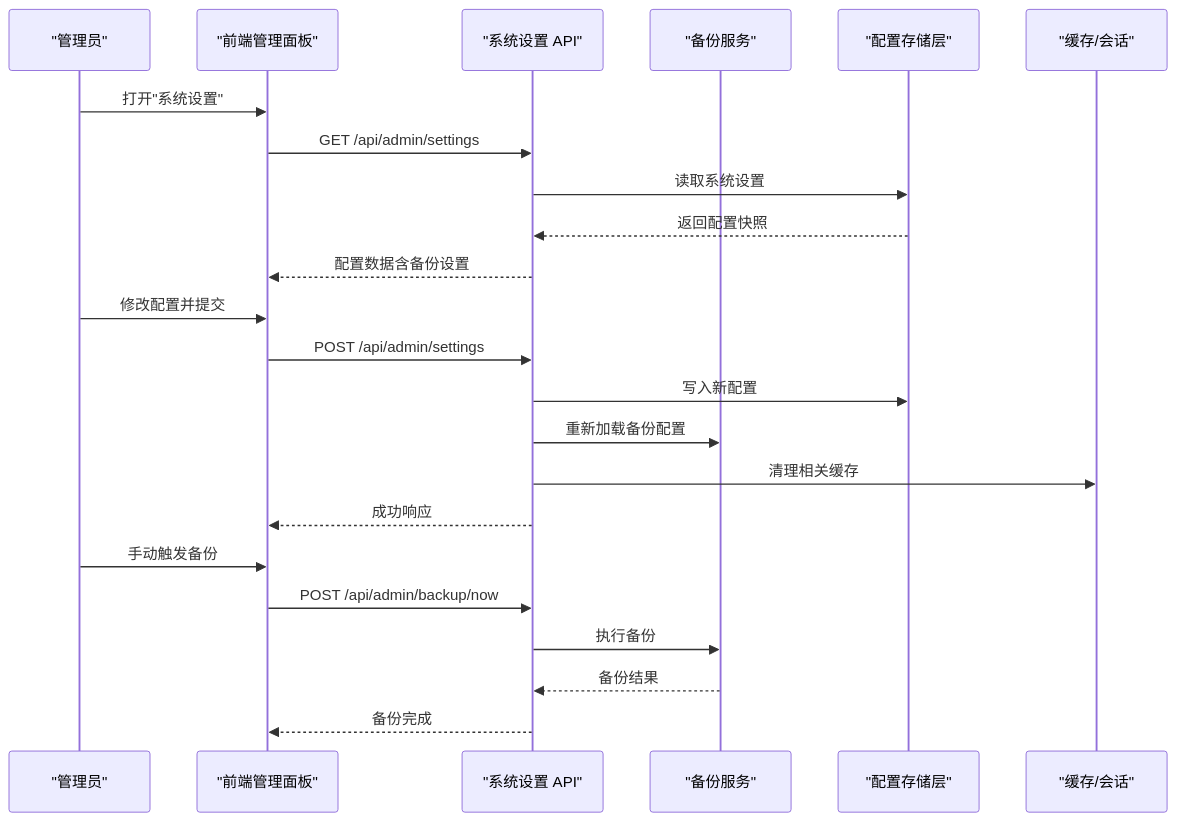
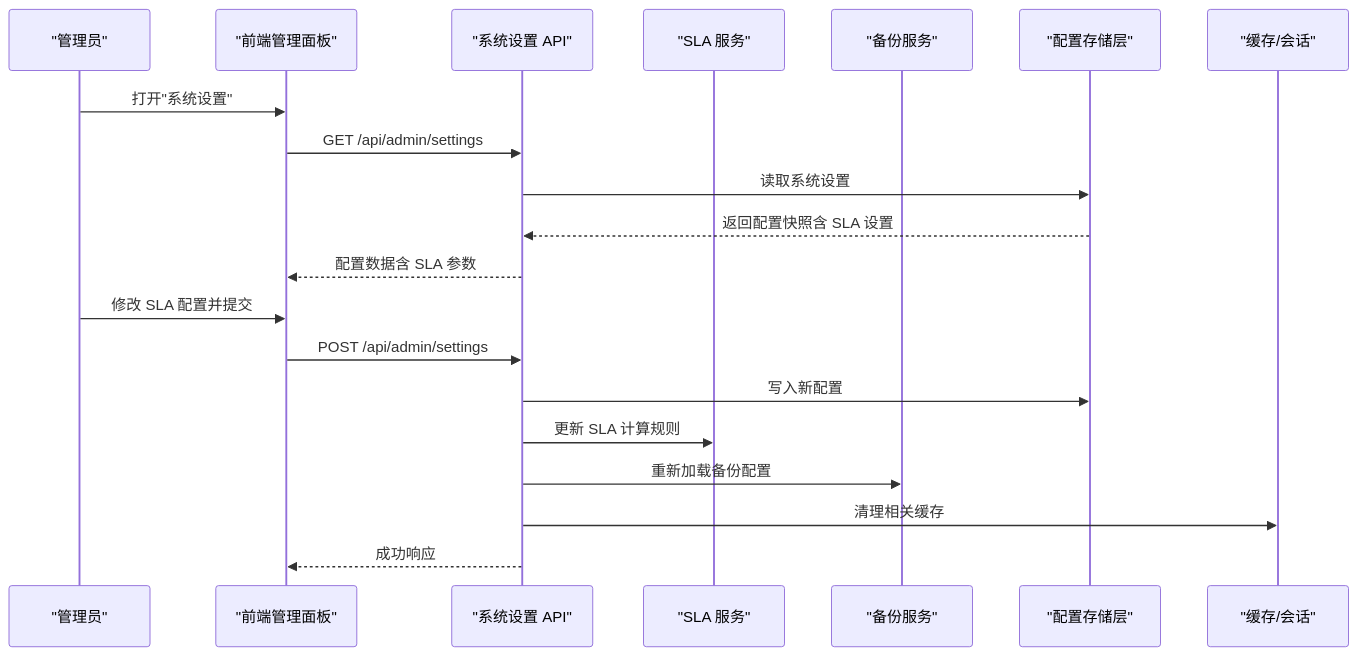
Before and after one commit to CubeEdge/Longhorn: the second of 10 diagrams in .qoder/repowiki/zh/content/API 接口文档/管理员管理 API/系统配置 API.md, drawn with Mermaid. The commit also changed other lines of this file and 118 other files, not shown here.

````diff
--- a/.qoder/repowiki/zh/content/API 接口文档/管理员管理 API/系统配置 API.md
+++ b/.qoder/repowiki/zh/content/API 接口文档/管理员管理 API/系统配置 API.md
@@ -125,25 +134,22 @@
 ```mermaid
 sequenceDiagram
 participant Admin as "管理员"
 participant FE as "前端管理面板"
 participant SettingsAPI as "系统设置 API"
+participant SLAService as "SLA 服务"
 participant BackupService as "备份服务"
 participant ConfigStore as "配置存储层"
 participant Cache as "缓存/会话"
 Admin->>FE : 打开"系统设置"
 FE->>SettingsAPI : GET /api/admin/settings
 SettingsAPI->>ConfigStore : 读取系统设置
-ConfigStore-->>SettingsAPI : 返回配置快照
-SettingsAPI-->>FE : 配置数据含备份设置
-Admin->>FE : 修改配置并提交
+ConfigStore-->>SettingsAPI : 返回配置快照含 SLA 设置
+SettingsAPI-->>FE : 配置数据含 SLA 参数
+Admin->>FE : 修改 SLA 配置并提交
 FE->>SettingsAPI : POST /api/admin/settings
 SettingsAPI->>ConfigStore : 写入新配置
+SettingsAPI->>SLAService : 更新 SLA 计算规则
 SettingsAPI->>BackupService : 重新加载备份配置
 SettingsAPI->>Cache : 清理相关缓存
 SettingsAPI-->>FE : 成功响应
-Admin->>FE : 手动触发备份
-FE->>SettingsAPI : POST /api/admin/backup/now
-SettingsAPI->>BackupService : 执行备份
-BackupService-->>SettingsAPI : 备份结果
-SettingsAPI-->>FE : 备份完成
 ```
````
